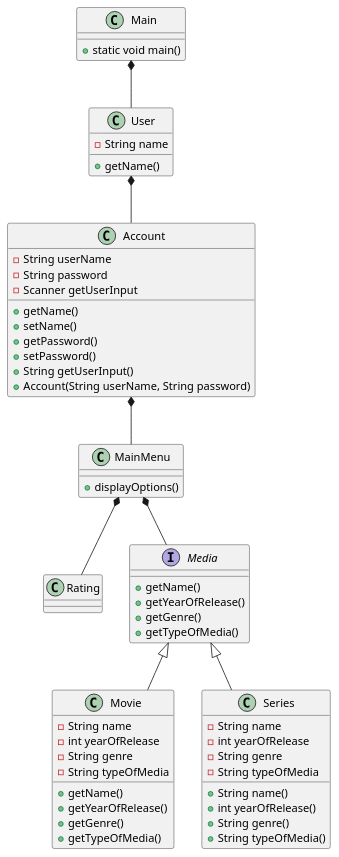
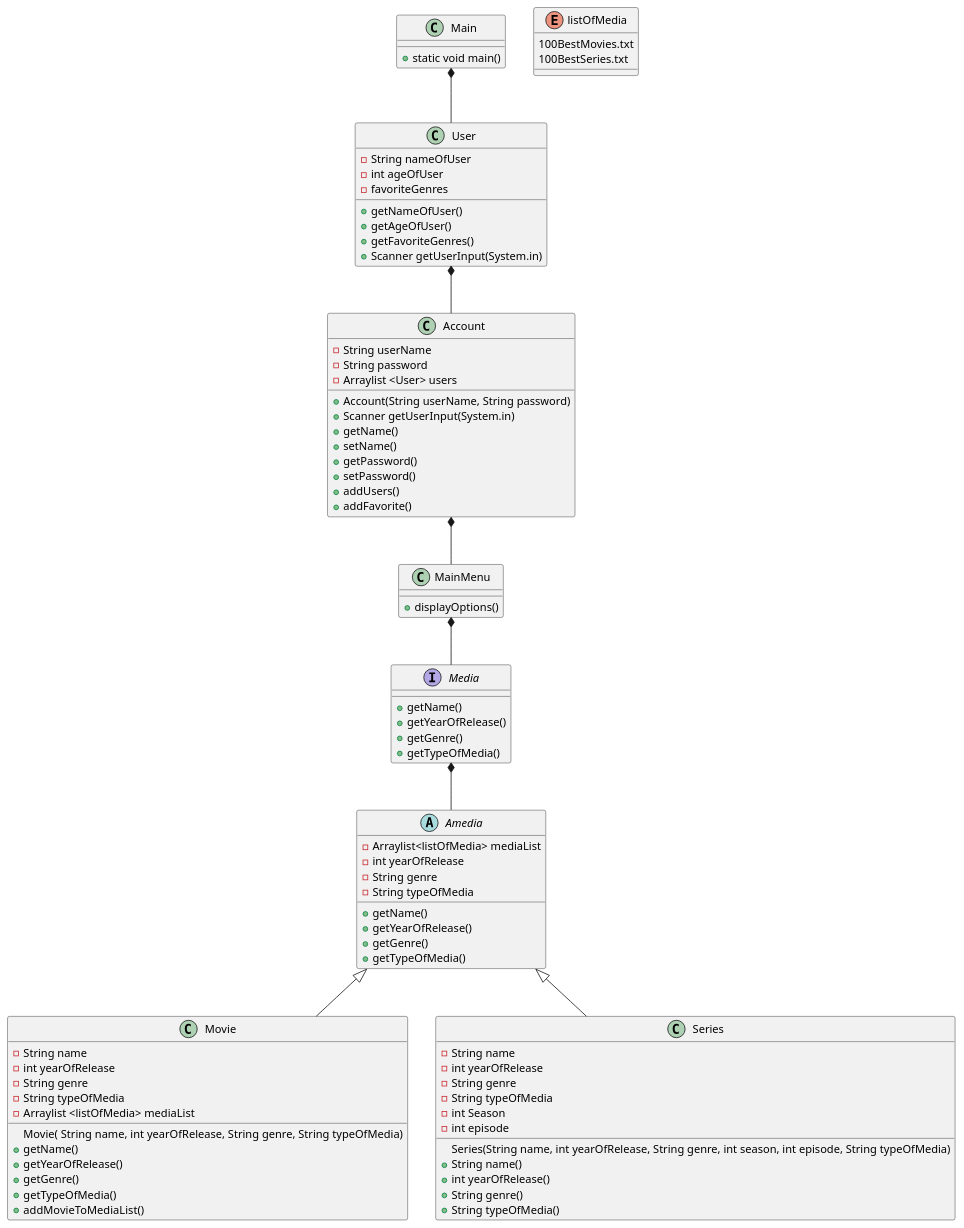
One commit to Ghostfear1713/SP3 changed the diagram in SP3 new/ClassDiagramV2.puml. Above: the diagram before and after it, drawn with PlantUML. The commit also changed 7 other files, not shown here.

Commit message:
Nye tilføjelser, og rettelser til klassediagram UML

```diff
--- a/SP3 new/ClassDiagramV2.puml
+++ b/SP3 new/ClassDiagramV2.puml
@@ -1,64 +1,99 @@
 @startuml
 'https://plantuml.com/class-diagram
 
 Main *-- User
 Main : + static void main()
 
 User *-- Account
-User : - String name
+User : - String nameOfUser
+User : - int ageOfUser
+User : - favoriteGenres
 
 
-User : + getName()
+User : + getNameOfUser()
+User : + getAgeOfUser()
+User : + getFavoriteGenres()
+User : + Scanner getUserInput(System.in)
+
 
 
 
 Account : - String userName
 Account : - String password
-Account : - Scanner getUserInput
+Account : - Arraylist <User> users
 
+
+Account : + Account(String userName, String password)
+Account : + Scanner getUserInput(System.in)
 Account : + getName()
 Account : + setName()
 Account : + getPassword()
 Account : + setPassword()
-Account : + String getUserInput()
-Account : + Account(String userName, String password)
+Account : + addUsers()
+Account : + addFavorite()
+
 
 
 Account *-- MainMenu
 MainMenu : + displayOptions()
 
-MainMenu *-- Rating
+
+
+
 MainMenu *-- Media
 
+Enum listOfMedia
+listOfMedia : 100BestMovies.txt
+listOfMedia : 100BestSeries.txt
 
+
+Media *-- Amedia
 Interface Media
 Media : + getName()
 Media : + getYearOfRelease()
 Media : + getGenre()
 Media : + getTypeOfMedia()
 
-Media <|--  Movie
+
+Abstract Amedia
+Amedia : - Arraylist<listOfMedia> mediaList
+Amedia : - int yearOfRelease
+Amedia : - String genre
+Amedia : - String typeOfMedia
+
+Amedia : + getName()
+Amedia : + getYearOfRelease()
+Amedia : + getGenre()
+Amedia : + getTypeOfMedia()
+
+Amedia <|--  Movie
 Movie : - String name
 Movie : - int yearOfRelease
 Movie : - String genre
 Movie : - String typeOfMedia
+Movie : - Arraylist <listOfMedia> mediaList
 
+Movie : Movie( String name, int yearOfRelease, String genre, String typeOfMedia)
 Movie : + getName()
 Movie : + getYearOfRelease()
 Movie : + getGenre()
 Movie : + getTypeOfMedia()
+Movie : + addMovieToMediaList()
 
 
-Media <|-- Series
+Amedia <|-- Series
 Series : - String name
 Series : - int yearOfRelease
 Series : - String genre
 Series : - String typeOfMedia
+Series : - int Season
+Series : - int episode
 
+
+Series : Series(String name, int yearOfRelease, String genre, int season, int episode, String typeOfMedia)
 Series : + String name()
 Series : + int yearOfRelease()
 Series : + String genre()
 Series : + String typeOfMedia()
 
-
-@enduml
+@endum
```
